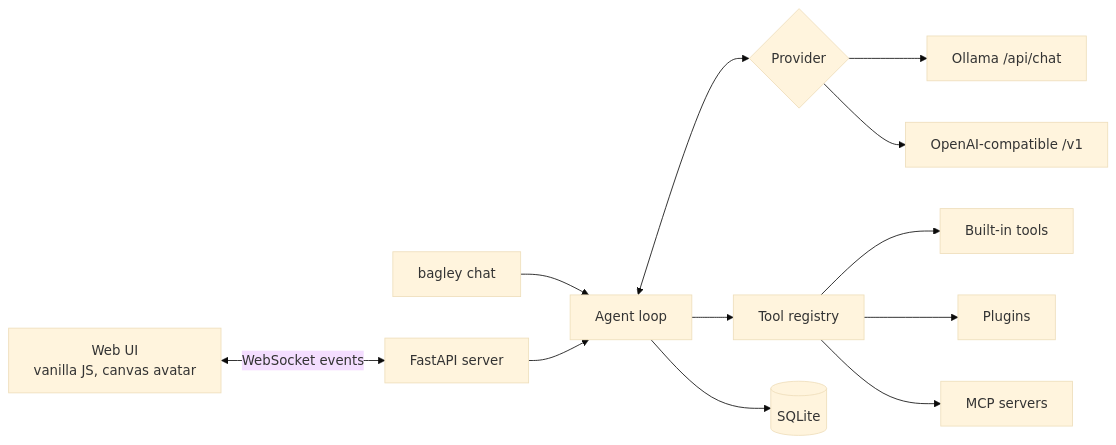
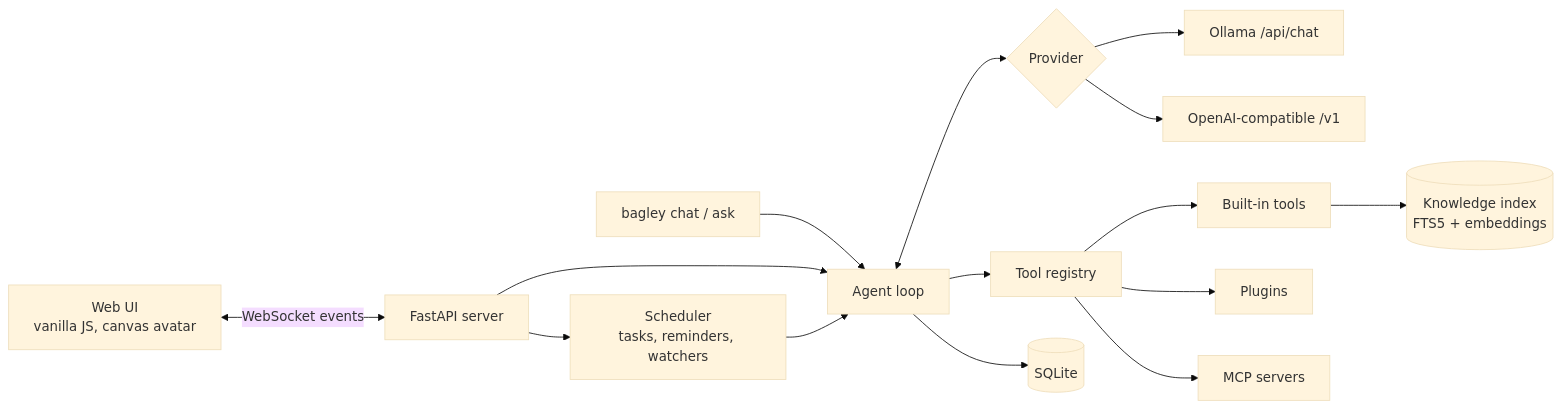
The diagram in README.md (H4ch1Net/bagley-assistant), drawn with Mermaid (base theme) before and after one commit. The commit also changed other lines of this file and 18 other files, not shown here.

````diff
--- a/README.md
+++ b/README.md
@@ -247,14 +285,17 @@
 ```mermaid
 flowchart LR
   UI["Web UI<br/>vanilla JS, canvas avatar"] <-- "WebSocket events" --> S["FastAPI server"]
-  CLI["bagley chat"] --> A
+  CLI["bagley chat / ask"] --> A
   S --> A["Agent loop"]
+  SC["Scheduler<br/>tasks, reminders, watchers"] --> A
+  S --> SC
   A <--> P{"Provider"}
   P --> O["Ollama /api/chat"]
   P --> OA["OpenAI-compatible /v1"]
   A --> T["Tool registry"]
   T --> B["Built-in tools"]
   T --> PL["Plugins"]
   T --> M["MCP servers"]
+  B --> K[("Knowledge index<br/>FTS5 + embeddings")]
   A --> DB[("SQLite")]
 ```
````
